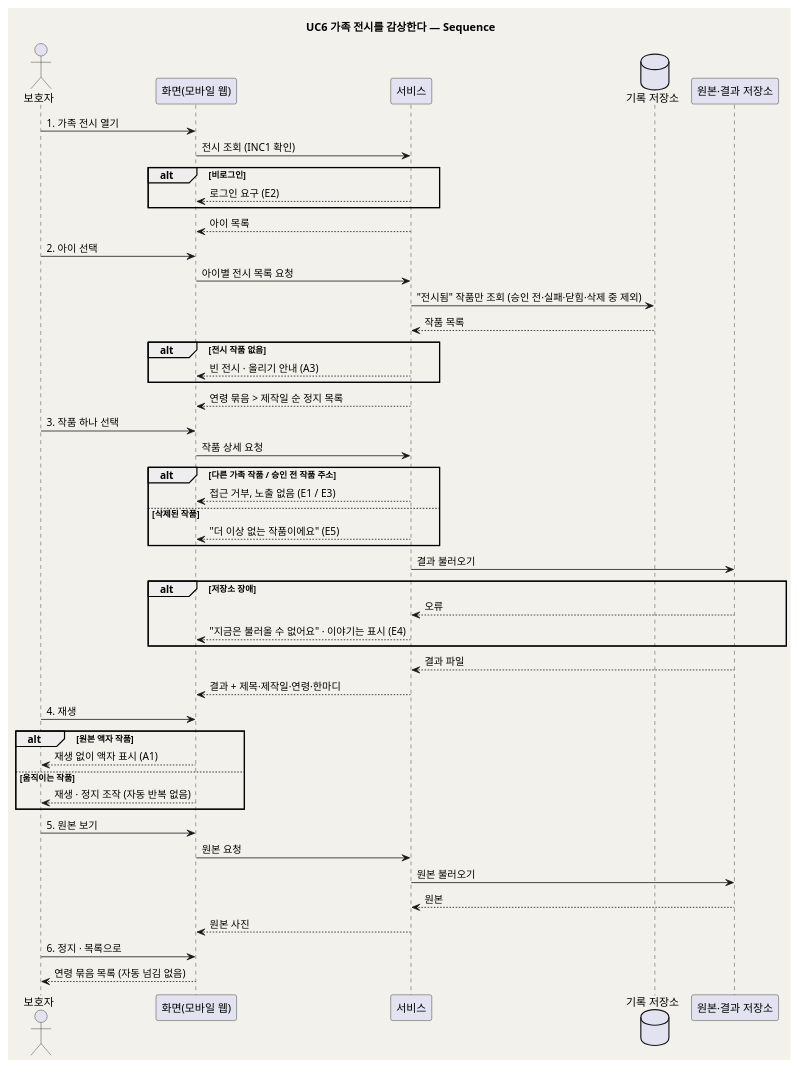
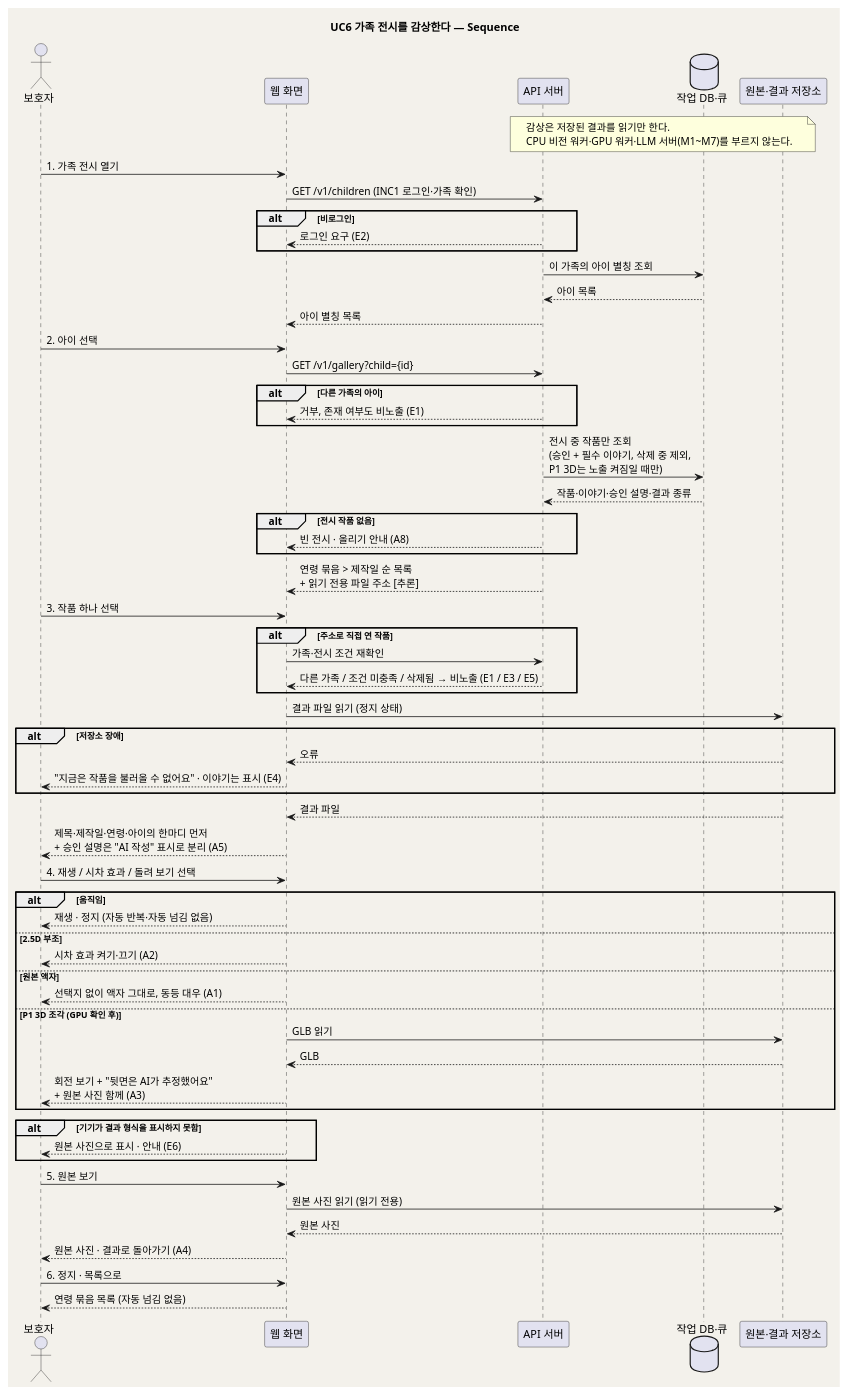
Before and after one commit to kids-gallery/uri-gallery: the second of 2 diagrams in design/UC_06_가족전시감상.md, drawn with PlantUML. The commit also changed other lines of this file and 23 other files, not shown here.

````diff
--- a/design/UC_06_가족전시감상.md
+++ b/design/UC_06_가족전시감상.md
@@ -159,60 +175,76 @@
 ```plantuml
-@startuml seq_family_gallery_06
+@startuml seq_uri_ai_gallery_06
 skinparam backgroundColor #F3F1EB
 skinparam shadowing false
 title UC6 가족 전시를 감상한다 — Sequence
 
 actor "보호자" as Parent
-participant "화면(모바일 웹)" as UI
-participant "서비스" as SVC
-database "기록 저장소" as DB
+participant "웹 화면" as UI
+participant "API 서버" as API
+database "작업 DB·큐" as DB
 participant "원본·결과 저장소" as Store
 
+note over API, Store
+  감상은 저장된 결과를 읽기만 한다.
+  CPU 비전 워커·GPU 워커·LLM 서버(M1~M7)를 부르지 않는다.
+end note
+
 Parent -> UI : 1. 가족 전시 열기
-UI -> SVC : 전시 조회 (INC1 확인)
+UI -> API : GET /v1/children (INC1 로그인·가족 확인)
 alt 비로그인
-  SVC --> UI : 로그인 요구 (E2)
+  API --> UI : 로그인 요구 (E2)
 end
-SVC --> UI : 아이 목록
+API -> DB : 이 가족의 아이 별칭 조회
+DB --> API : 아이 목록
+API --> UI : 아이 별칭 목록
 
 Parent -> UI : 2. 아이 선택
-UI -> SVC : 아이별 전시 목록 요청
-SVC -> DB : "전시됨" 작품만 조회 (승인 전·실패·닫힘·삭제 중 제외)
-DB --> SVC : 작품 목록
+UI -> API : GET /v1/gallery?child={id}
+alt 다른 가족의 아이
+  API --> UI : 거부, 존재 여부도 비노출 (E1)
+end
+API -> DB : 전시 중 작품만 조회\n(승인 + 필수 이야기, 삭제 중 제외,\nP1 3D는 노출 켜짐일 때만)
+DB --> API : 작품·이야기·승인 설명·결과 종류
 alt 전시 작품 없음
-  SVC --> UI : 빈 전시 · 올리기 안내 (A3)
+  API --> UI : 빈 전시 · 올리기 안내 (A8)
 end
-SVC --> UI : 연령 묶음 > 제작일 순 정지 목록
+API --> UI : 연령 묶음 > 제작일 순 목록\n+ 읽기 전용 파일 주소 [추론]
 
 Parent -> UI : 3. 작품 하나 선택
-UI -> SVC : 작품 상세 요청
-alt 다른 가족 작품 / 승인 전 작품 주소
-  SVC --> UI : 접근 거부, 노출 없음 (E1 / E3)
-else 삭제된 작품
-  SVC --> UI : "더 이상 없는 작품이에요" (E5)
+alt 주소로 직접 연 작품
+  UI -> API : 가족·전시 조건 재확인
+  API --> UI : 다른 가족 / 조건 미충족 / 삭제됨 → 비노출 (E1 / E3 / E5)
 end
-SVC -> Store : 결과 불러오기
+UI -> Store : 결과 파일 읽기 (정지 상태)
 alt 저장소 장애
-  Store --> SVC : 오류
-  SVC --> UI : "지금은 불러올 수 없어요" · 이야기는 표시 (E4)
+  Store --> UI : 오류
+  UI --> Parent : "지금은 작품을 불러올 수 없어요" · 이야기는 표시 (E4)
 end
-Store --> SVC : 결과 파일
-SVC --> UI : 결과 + 제목·제작일·연령·한마디
+Store --> UI : 결과 파일
+UI --> Parent : 제목·제작일·연령·아이의 한마디 먼저\n+ 승인 설명은 "AI 작성" 표시로 분리 (A5)
 
-Parent -> UI : 4. 재생
-alt 원본 액자 작품
-  UI --> Parent : 재생 없이 액자 표시 (A1)
-else 움직이는 작품
-  UI --> Parent : 재생 · 정지 조작 (자동 반복 없음)
+Parent -> UI : 4. 재생 / 시차 효과 / 돌려 보기 선택
+alt 움직임
+  UI --> Parent : 재생 · 정지 (자동 반복·자동 넘김 없음)
+else 2.5D 부조
+  UI --> Parent : 시차 효과 켜기·끄기 (A2)
+else 원본 액자
+  UI --> Parent : 선택지 없이 액자 그대로, 동등 대우 (A1)
+else P1 3D 조각 (GPU 확인 후)
+  UI -> Store : GLB 읽기
+  Store --> UI : GLB
+  UI --> Parent : 회전 보기 + "뒷면은 AI가 추정했어요"\n+ 원본 사진 함께 (A3)
+end
+alt 기기가 결과 형식을 표시하지 못함
+  UI --> Parent : 원본 사진으로 표시 · 안내 (E6)
 end
 
 Parent -> UI : 5. 원본 보기
-UI -> SVC : 원본 요청
-SVC -> Store : 원본 불러오기
-Store --> SVC : 원본
-SVC --> UI : 원본 사진
+UI -> Store : 원본 사진 읽기 (읽기 전용)
+Store --> UI : 원본 사진
+UI --> Parent : 원본 사진 · 결과로 돌아가기 (A4)
 
 Parent -> UI : 6. 정지 · 목록으로
 UI --> Parent : 연령 묶음 목록 (자동 넘김 없음)
 @enduml
 ```
````
